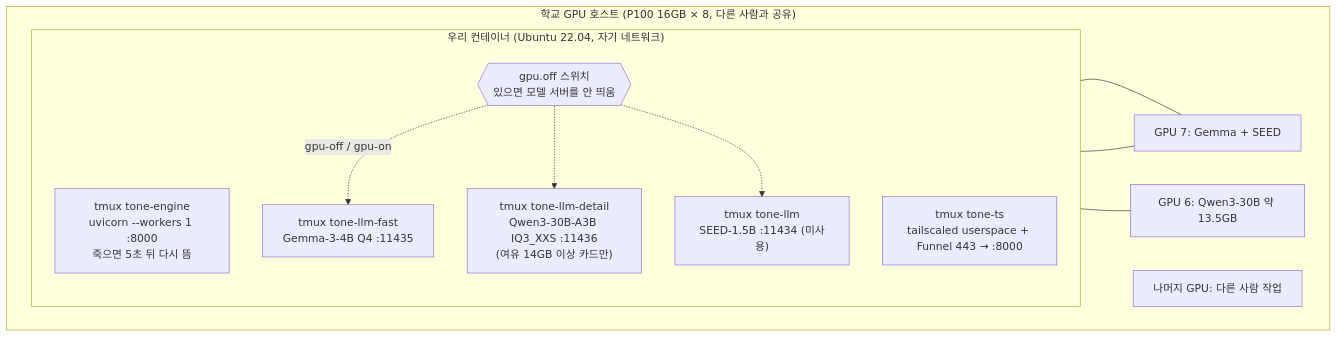
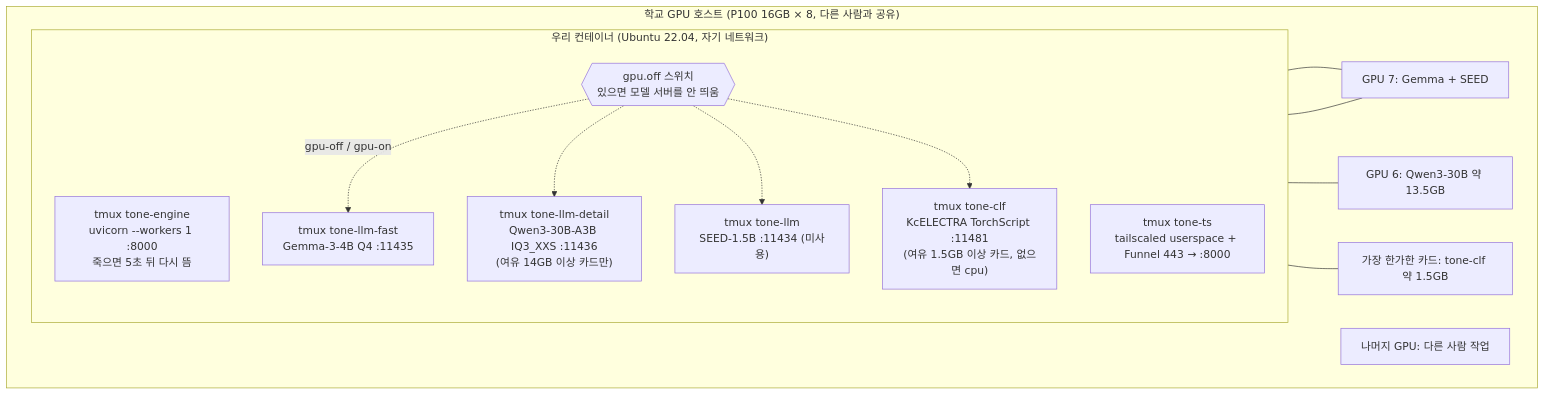
One commit to Daegyu519/Adventure_Design changed the seventh of 8 diagrams in docs/architecture-diagrams.md. Above: the diagram before and after it, drawn with Mermaid. The commit also changed other lines of this file and 22 other files, not shown here.

Commit message:
P-28: 학습된 판별기(KcELECTRA)를 집계의 가중 항 clf로 연결 (tone-clf :11481, weights.clf=2.0)

````diff
--- a/docs/architecture-diagrams.md
+++ b/docs/architecture-diagrams.md
@@ -299,23 +308,27 @@
 ```mermaid
 flowchart TB
   subgraph Host["학교 GPU 호스트 (P100 16GB × 8, 다른 사람과 공유)"]
     subgraph C["우리 컨테이너 (Ubuntu 22.04, 자기 네트워크)"]
       direction TB
       T1["tmux tone-engine<br/>uvicorn --workers 1 :8000<br/>죽으면 5초 뒤 다시 뜸"]
       T2["tmux tone-ts<br/>tailscaled userspace + Funnel 443 → :8000"]
       T3["tmux tone-llm-fast<br/>Gemma-3-4B Q4 :11435"]
       T4["tmux tone-llm-detail<br/>Qwen3-30B-A3B IQ3_XXS :11436<br/>(여유 14GB 이상 카드만)"]
       T5["tmux tone-llm<br/>SEED-1.5B :11434 (미사용)"]
+      T6["tmux tone-clf<br/>KcELECTRA TorchScript :11481<br/>(여유 1.5GB 이상 카드, 없으면 cpu)"]
       SW{{"gpu.off 스위치<br/>있으면 모델 서버를 안 띄움"}}
     end
     G7["GPU 7: Gemma + SEED"]
     G6["GPU 6: Qwen3-30B 약 13.5GB"]
+    G2["가장 한가한 카드: tone-clf 약 1.5GB"]
     GX["나머지 GPU: 다른 사람 작업"]
   end
   T3 --- G7
   T5 --- G7
   T4 --- G6
+  T6 --- G2
   SW -. "gpu-off / gpu-on" .-> T3
   SW -.-> T4
   SW -.-> T5
+  SW -.-> T6
 ```
````
